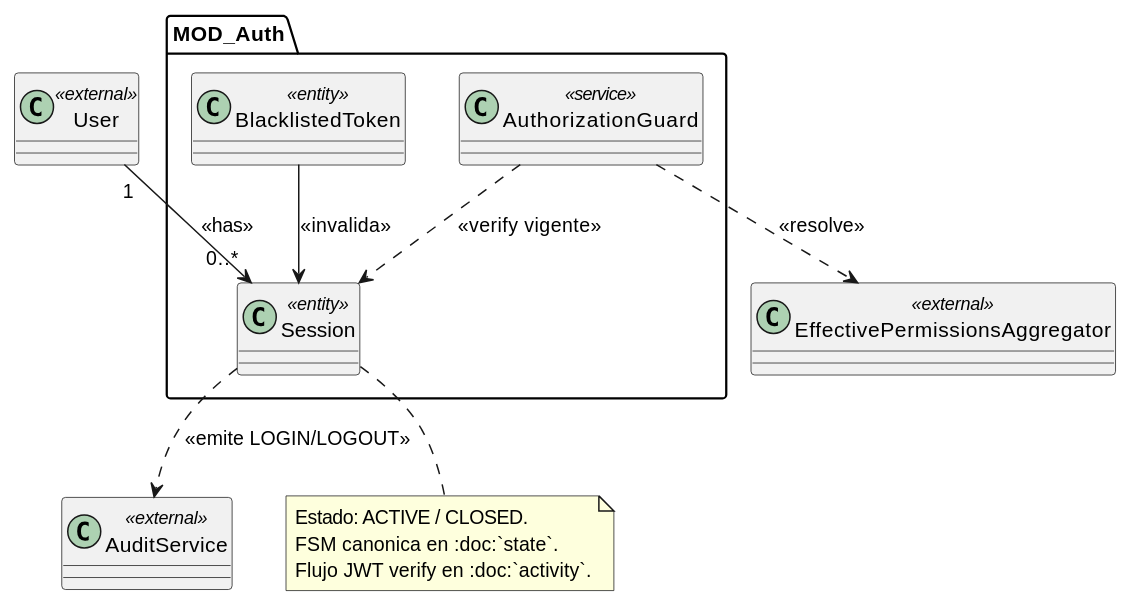
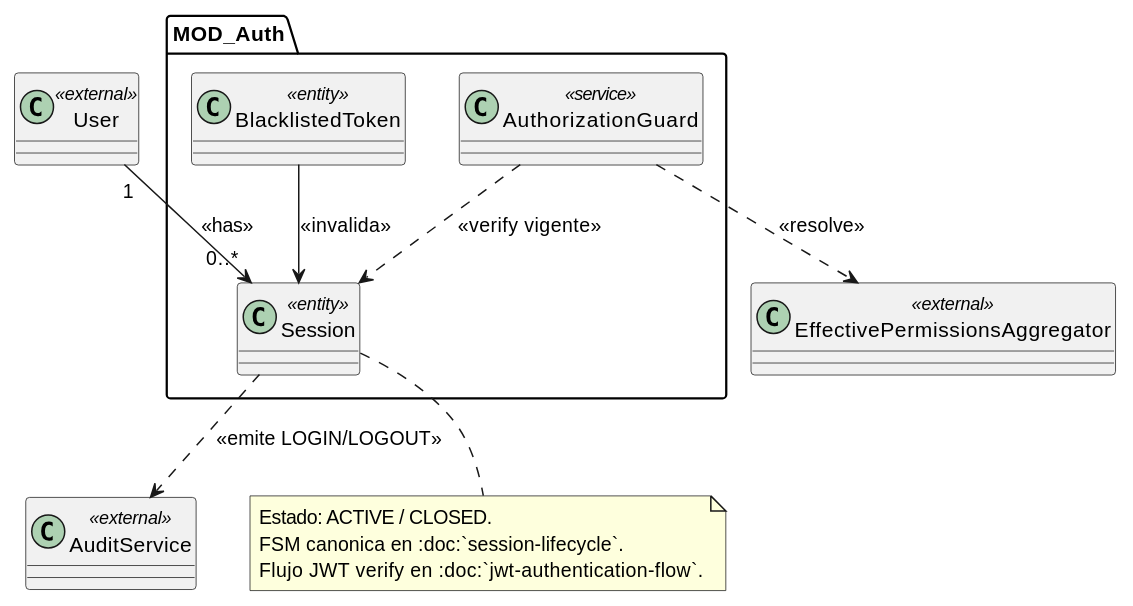
Before and after one commit to jcg-admin/IACT-docs: the diagram in source/arquitectura-tecnica/design-view/auth/index.rst, drawn with PlantUML. The commit also changed other lines of this file and 97 other files, not shown here.

```diff
--- a/source/arquitectura-tecnica/design-view/auth/index.rst
+++ b/source/arquitectura-tecnica/design-view/auth/index.rst
@@ -32,30 +32,30 @@
 .. uml::
  :caption: MOD_Auth — Session como entidad central + Guard
-           runtime. Detalle de policies en :doc:`class`.
+           runtime. Detalle de policies en :doc:`bounded-context`.
 
  @startuml
 
  package "MOD_Auth" {
    class Session <<entity>>
    class BlacklistedToken <<entity>>
    class AuthorizationGuard <<service>>
  }
 
  class User <<external>>
  class EffectivePermissionsAggregator <<external>>
  class AuditService <<external>>
 
  User "1" --> "0..*" Session : <<has>>
  BlacklistedToken --> Session : <<invalida>>
 
  AuthorizationGuard ..> Session : <<verify vigente>>
  AuthorizationGuard ..> EffectivePermissionsAggregator : <<resolve>>
  Session ..> AuditService : <<emite LOGIN/LOGOUT>>
 
  note bottom of Session
    Estado: ACTIVE / CLOSED.
-   FSM canonica en :doc:`state`.
-   Flujo JWT verify en :doc:`activity`.
+   FSM canonica en :doc:`session-lifecycle`.
+   Flujo JWT verify en :doc:`jwt-authentication-flow`.
  end note
 
  @enduml
```
